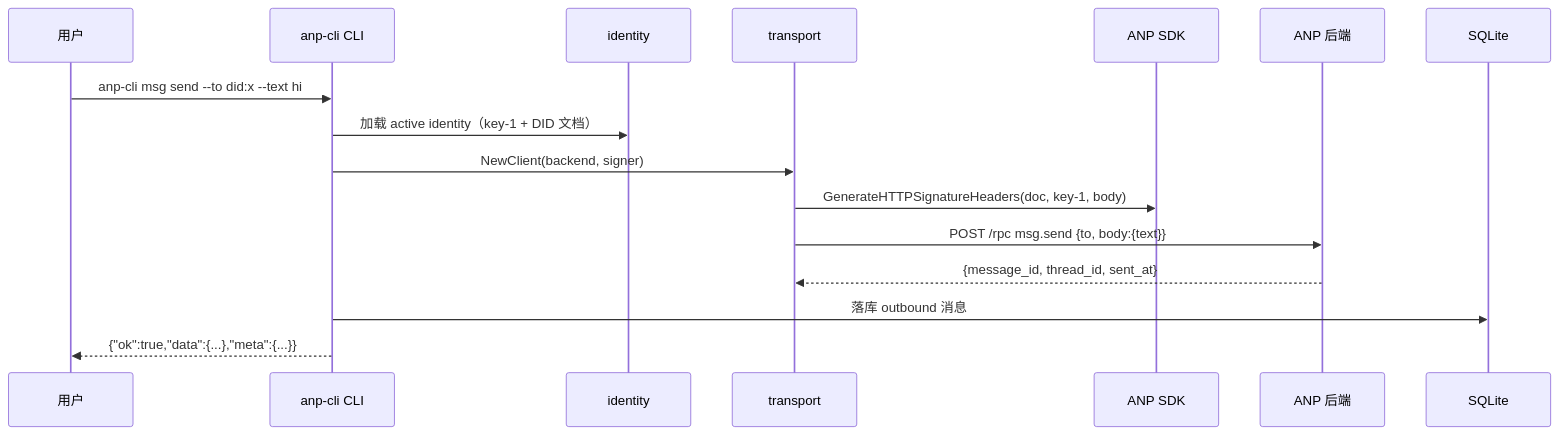
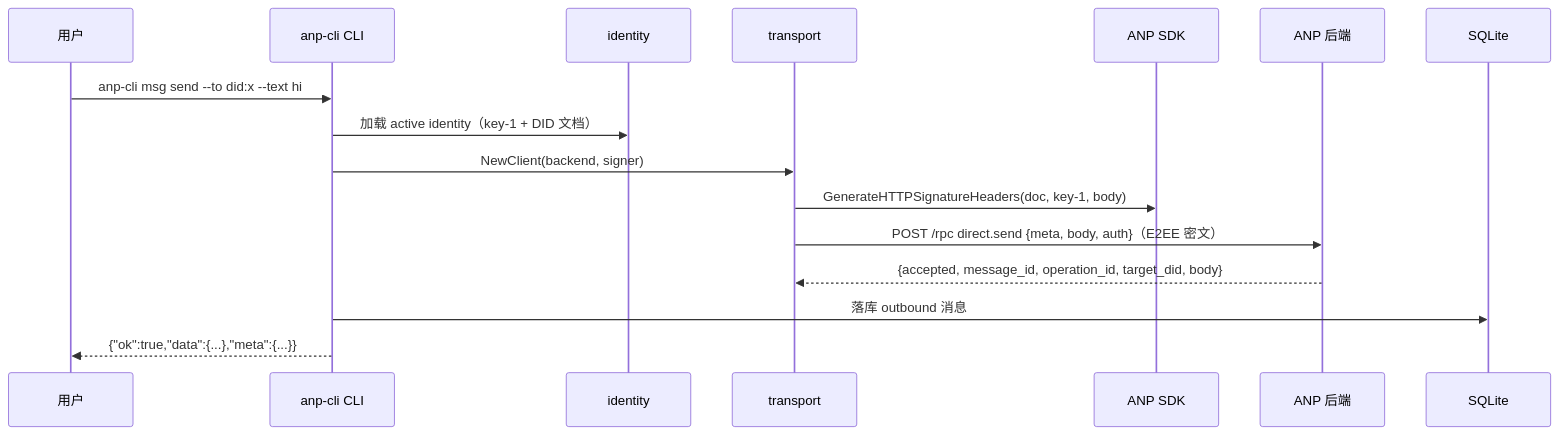
One commit to eccstartup/anp-cli changed the second of 4 diagrams in docs/architecture.md. Above: the diagram before and after it, drawn with Mermaid. The commit also changed other lines of this file and 35 other files, not shown here.

First line of the commit message:
feat: implement message mentions feature and update database schema

````diff
--- a/docs/architecture.md
+++ b/docs/architecture.md
@@ -91,19 +90,19 @@
 ```mermaid
 sequenceDiagram
     participant U as 用户
     participant CLI as anp-cli CLI
     participant ID as identity
     participant TP as transport
     participant SDK as ANP SDK
     participant BE as ANP 后端
     participant DB as SQLite
 
     U->>CLI: anp-cli msg send --to did:x --text hi
     CLI->>ID: 加载 active identity（key-1 + DID 文档）
     CLI->>TP: NewClient(backend, signer)
     TP->>SDK: GenerateHTTPSignatureHeaders(doc, key-1, body)
-    TP->>BE: POST /rpc  msg.send  {to, body:{text}}
-    BE-->>TP: {message_id, thread_id, sent_at}
+    TP->>BE: POST /rpc  direct.send  {meta, body, auth}（E2EE 密文）
+    BE-->>TP: {accepted, message_id, operation_id, target_did, body}
     CLI->>DB: 落库 outbound 消息
     CLI-->>U: {"ok":true,"data":{...},"meta":{...}}
 ```
````
